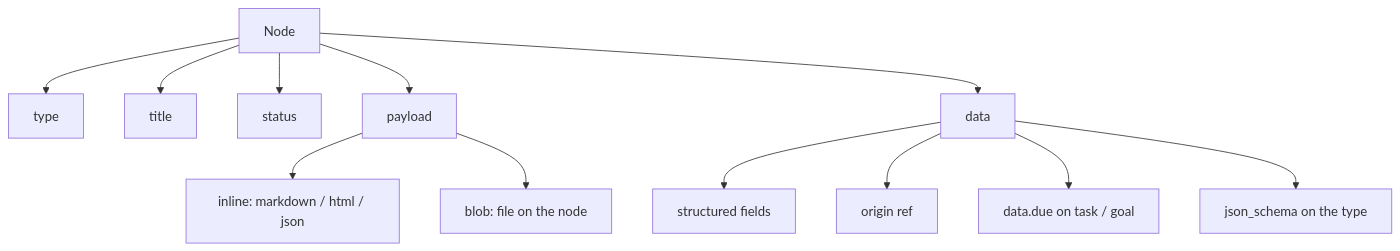
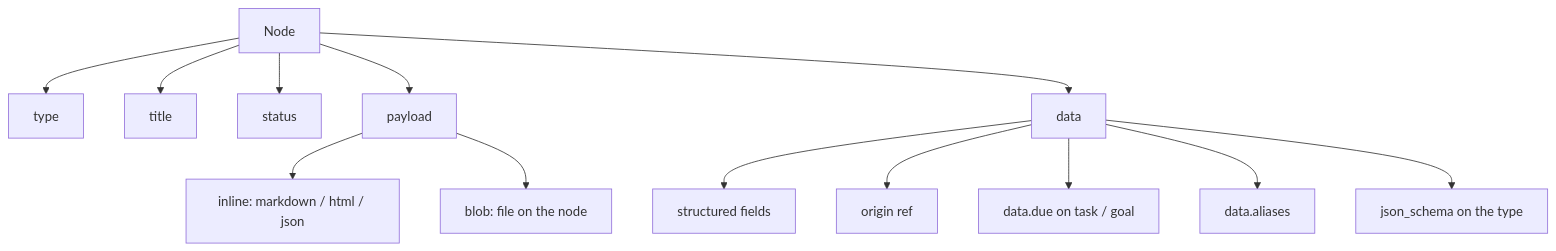
Before and after one commit to dgraziosi/foundation: the third of 10 diagrams in docs/ARCHITECTURE.md, drawn with Mermaid. The commit also changed other lines of this file and 31 other files, not shown here.

````diff
--- a/docs/ARCHITECTURE.md
+++ b/docs/ARCHITECTURE.md
@@ -64,17 +64,18 @@
 ```mermaid
 flowchart TB
   node_box["Node"]
   node_box --> node_type["type"]
   node_box --> node_title["title"]
   node_box --> node_status["status"]
   node_box --> node_payload["payload"]
   node_box --> node_data["data"]
 
   node_payload --> inline["inline: markdown / html / json"]
   node_payload --> blob_on_node["blob: file on the node"]
 
   node_data --> structured["structured fields"]
   node_data --> origin["origin ref"]
   node_data --> due["data.due on task / goal"]
+  node_data --> aliases["data.aliases"]
   node_data --> schema["json_schema on the type"]
 ```
````
